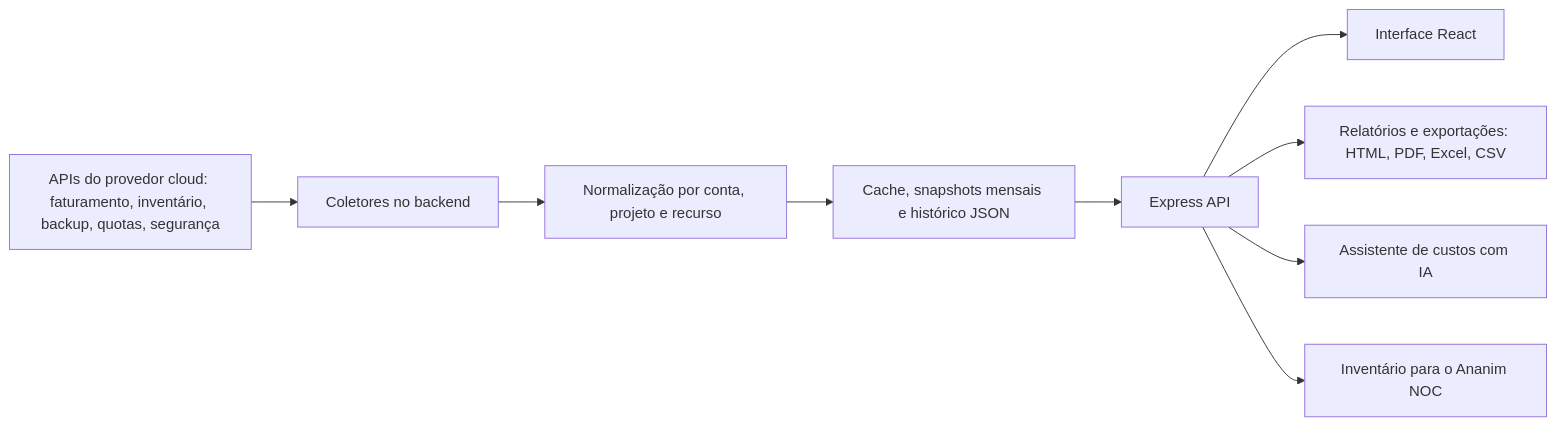
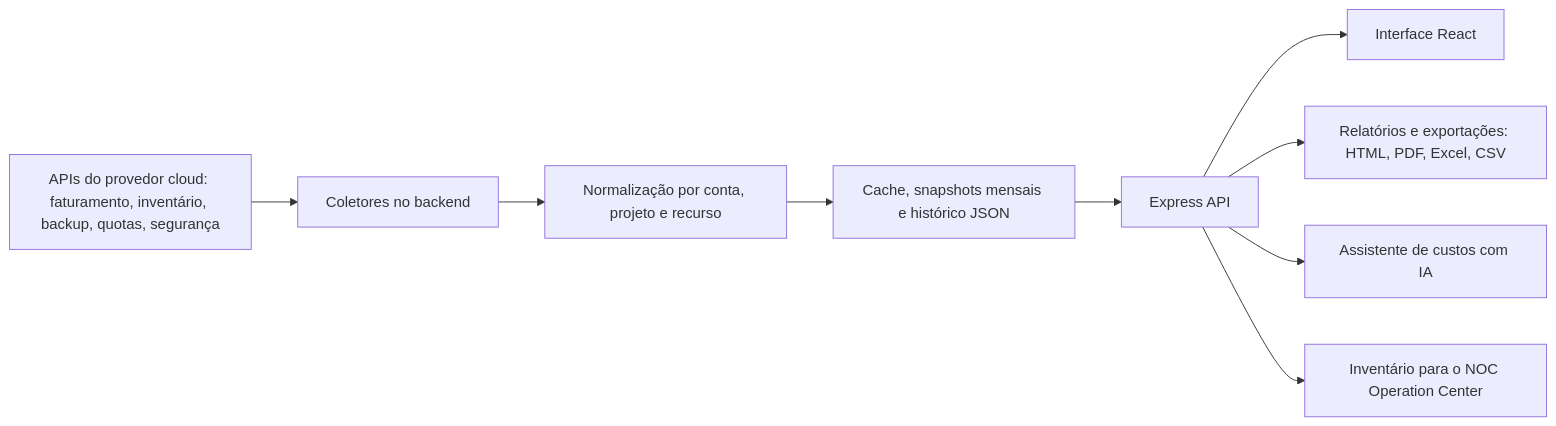
Before and after one commit to gsouzacloud/cloud-report-portfolio: the second of 2 diagrams in ARCHITECTURE.md, drawn with Mermaid. The commit also changed other lines of this file and 23 other files, not shown here.

Commit message:
Rename projects (NOC Operation Center, Cloud Report, Shield) and blur account names/brand in screenshots

````diff
--- a/ARCHITECTURE.md
+++ b/ARCHITECTURE.md
@@ -48,11 +48,11 @@
 ```mermaid
 flowchart LR
   A[APIs do provedor cloud: faturamento, inventário, backup, quotas, segurança] --> B[Coletores no backend]
   B --> C[Normalização por conta, projeto e recurso]
   C --> D[Cache, snapshots mensais e histórico JSON]
   D --> E[Express API]
   E --> F[Interface React]
   E --> G[Relatórios e exportações: HTML, PDF, Excel, CSV]
   E --> H[Assistente de custos com IA]
-  E --> I[Inventário para o Ananim NOC]
+  E --> I[Inventário para o NOC Operation Center]
 ```
````
